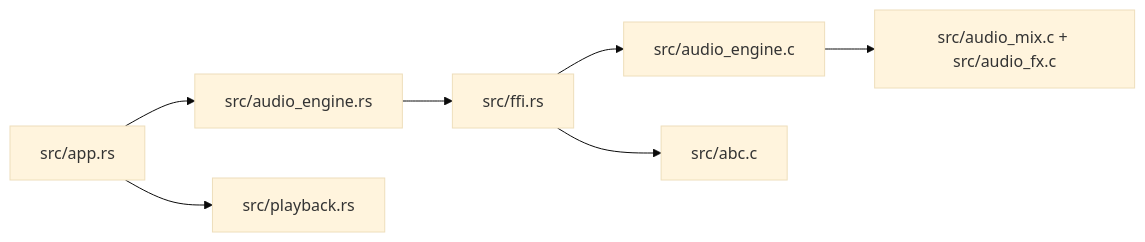
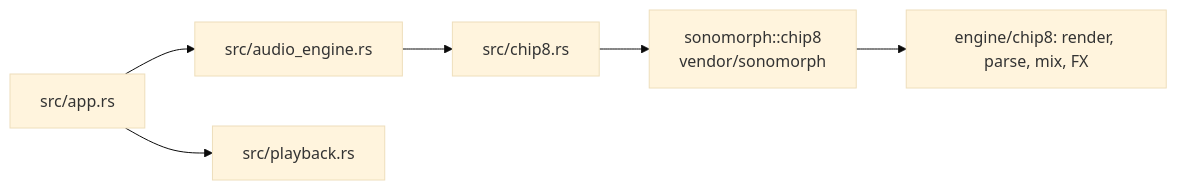
The diagram in docs/gui-architecture.md (chussenot/electric-pulse), drawn with Mermaid (base theme) before and after one commit. The commit also changed 11 other files, not shown here.

First line of the commit message:
docs: ADR-0004, the engine moves to Sonomorph

````diff
--- a/docs/gui-architecture.md
+++ b/docs/gui-architecture.md
@@ -23,9 +23,8 @@
 ```mermaid
 flowchart LR
     APP[src/app.rs] --> ADAPTER[src/audio_engine.rs]
-    ADAPTER --> FFI[src/ffi.rs]
-    FFI --> C_ENGINE[src/audio_engine.c]
-    FFI --> ABC[src/abc.c]
-    C_ENGINE --> MIX[src/audio_mix.c + src/audio_fx.c]
+    ADAPTER --> CHIP8[src/chip8.rs]
+    CHIP8 --> SONOMORPH[sonomorph::chip8<br/>vendor/sonomorph]
+    SONOMORPH --> C_ENGINE[engine/chip8: render, parse, mix, FX]
     APP --> PLAYBACK[src/playback.rs]
 ```
````
